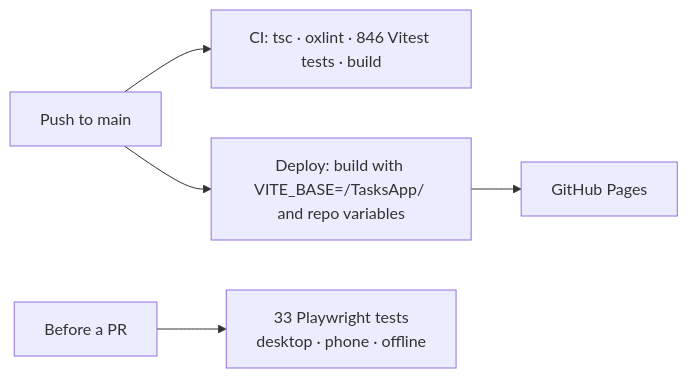
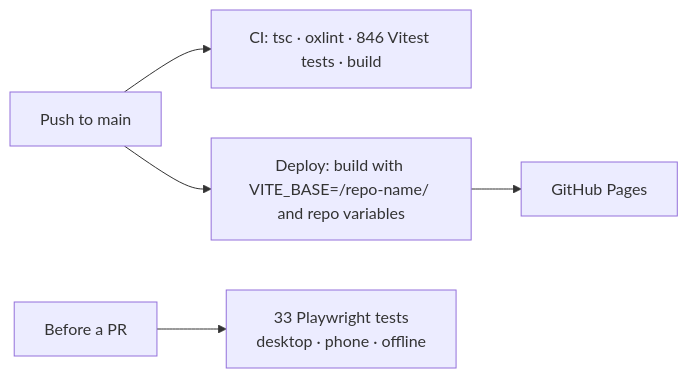
One commit to rmaytr/Cairn_Task_Tracking_App changed diagram 11 of 11 in docs/ARCHITECTURE.md. Above: the diagram before and after it, drawn with Mermaid. The commit also changed 10 other files, not shown here.

Commit message:
docs: point links at the renamed repo and the Vercel app; derive the Pages base path from the repo name

````diff
--- a/docs/ARCHITECTURE.md
+++ b/docs/ARCHITECTURE.md
@@ -343,6 +343,6 @@
 ```mermaid
 flowchart LR
   Dev["Push to main"] --> CI["CI: tsc · oxlint · 846 Vitest tests · build"]
-  Dev --> Deploy["Deploy: build with VITE_BASE=/TasksApp/ and repo variables"] --> Pages["GitHub Pages"]
+  Dev --> Deploy["Deploy: build with VITE_BASE=/repo-name/ and repo variables"] --> Pages["GitHub Pages"]
   Local["Before a PR"] --> E2E["33 Playwright tests<br/>desktop · phone · offline"]
 ```
````
